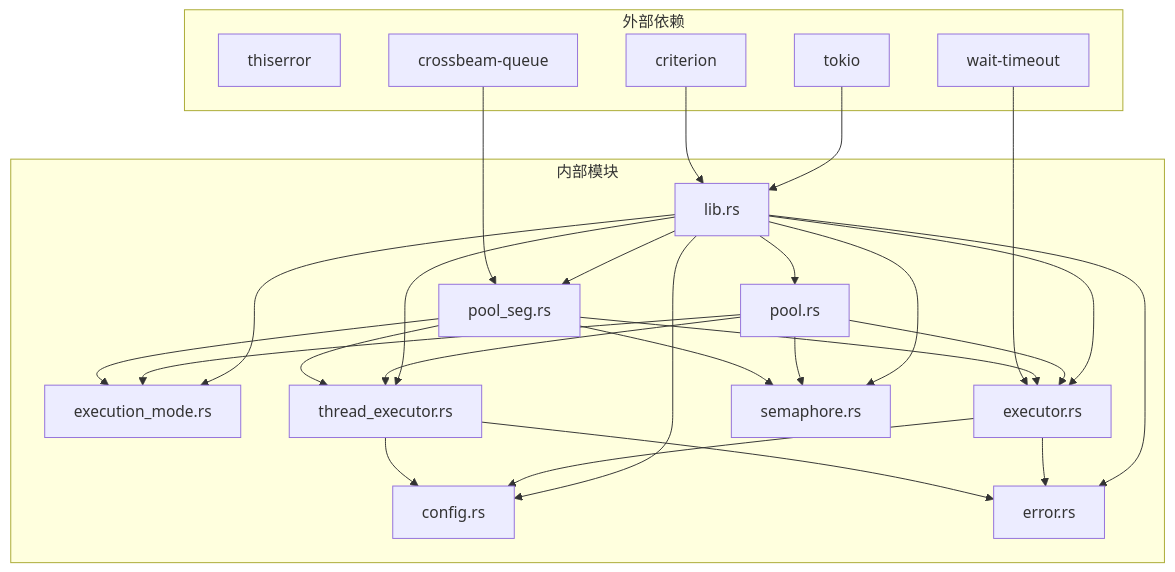
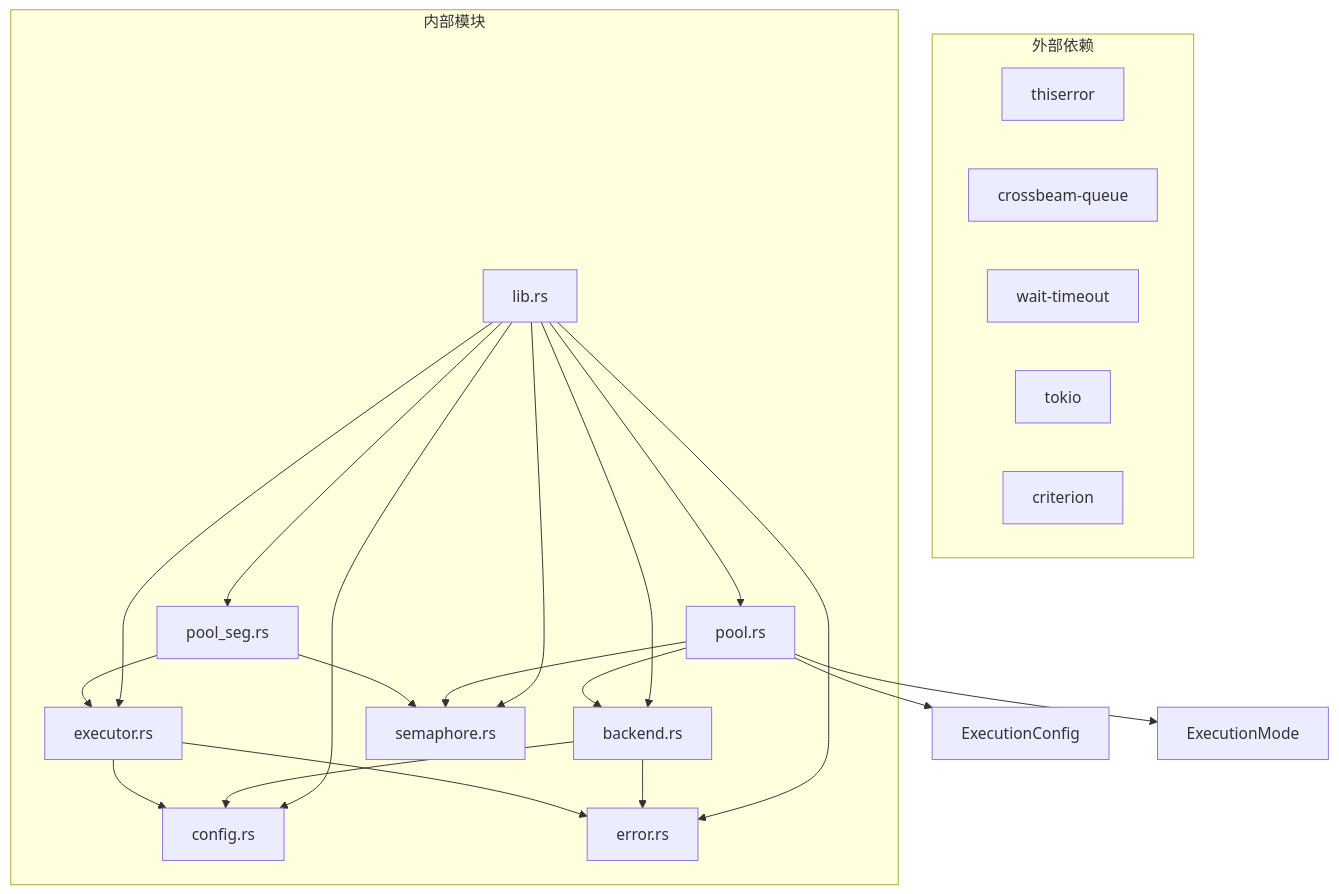
One commit to xcry2006/execute changed the ninth of 9 diagrams in .qoder/repowiki/zh/content/执行器系统/执行器系统.md. Above: the diagram before and after it, drawn with Mermaid. The commit also changed other lines of this file and 9 other files, not shown here.

````diff
--- a/.qoder/repowiki/zh/content/执行器系统/执行器系统.md
+++ b/.qoder/repowiki/zh/content/执行器系统/执行器系统.md
@@ -391,45 +378,37 @@
 ```mermaid
 graph TB
 subgraph "外部依赖"
 ThisError[thiserror]
 Crossbeam[crossbeam-queue]
 WaitTimeout[wait-timeout]
 Tokio[tokio]
 Criterion[criterion]
 end
 subgraph "内部模块"
 Lib[lib.rs]
 Config[config.rs]
 Error[error.rs]
-Mode[execution_mode.rs]
+Backend[backend.rs]
 Executor[executor.rs]
 Pool[pool.rs]
 PoolSeg[pool_seg.rs]
-ThreadExec[thread_executor.rs]
 Semaphore[semaphore.rs]
 end
 Lib --> Config
 Lib --> Error
-Lib --> Mode
+Lib --> Backend
 Lib --> Executor
 Lib --> Pool
 Lib --> PoolSeg
-Lib --> ThreadExec
 Lib --> Semaphore
+Pool --> Backend
+PoolSeg --> Executor
 Pool --> Semaphore
 PoolSeg --> Semaphore
-Pool --> Executor
-PoolSeg --> Executor
-Pool --> ThreadExec
-PoolSeg --> ThreadExec
+Backend --> Config
+Backend --> Error
 Executor --> Config
 Executor --> Error
-ThreadExec --> Config
-ThreadExec --> Error
-Pool --> Mode
-PoolSeg --> Mode
-Crossbeam --> PoolSeg
-WaitTimeout --> Executor
-Tokio --> Lib
-Criterion --> Lib
+Pool --> ExecutionConfig
+Pool --> ExecutionMode
 ```
````
